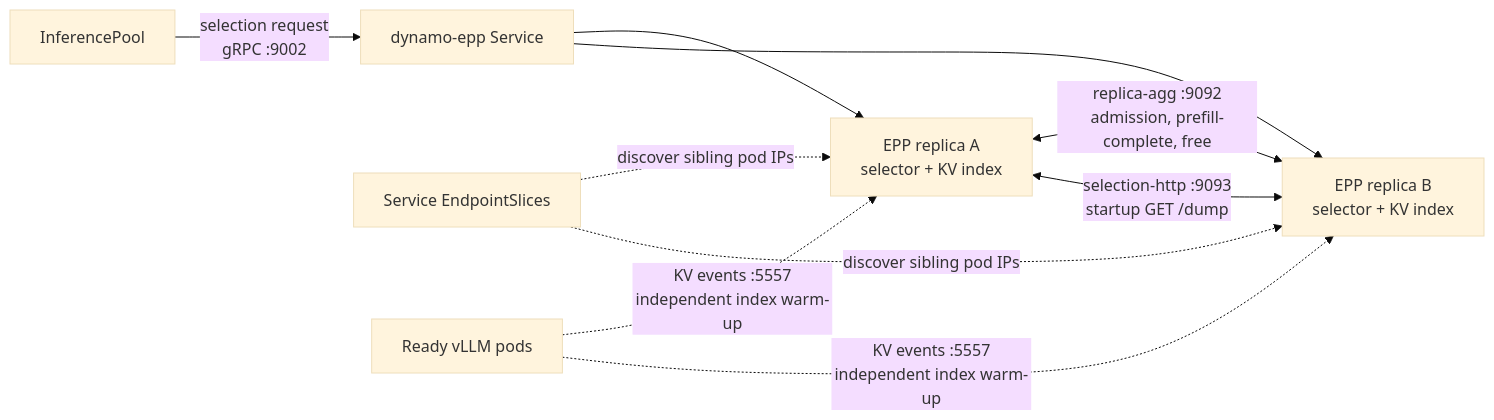
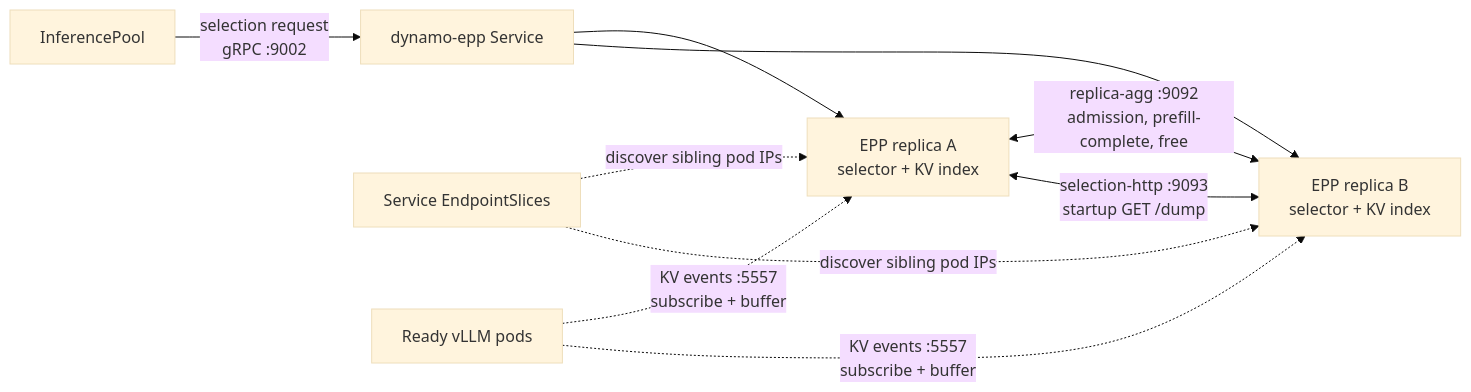
The second of 2 diagrams in docs/fern/pages/kubernetes/kv-aware-routing/vanilla-vllm-onramp.mdx (ai-dynamo/dynamo), drawn with Mermaid (base theme) before and after one commit. The commit also changed other lines of this file and 6 other files, not shown here.

````diff
--- a/docs/fern/pages/kubernetes/kv-aware-routing/vanilla-vllm-onramp.mdx
+++ b/docs/fern/pages/kubernetes/kv-aware-routing/vanilla-vllm-onramp.mdx
@@ -470,12 +470,12 @@
 ```mermaid
 flowchart LR
     Pool["InferencePool"] -->|"selection request<br/>gRPC :9002"| Service["dynamo-epp Service"]
     Service --> ReplicaA["EPP replica A<br/>selector + KV index"]
     Service --> ReplicaB["EPP replica B<br/>selector + KV index"]
     Slices["Service EndpointSlices"] -. "discover sibling pod IPs" .-> ReplicaA
     Slices -. "discover sibling pod IPs" .-> ReplicaB
-    Workers["Ready vLLM pods"] -. "KV events :5557<br/>independent index warm-up" .-> ReplicaA
-    Workers -. "KV events :5557<br/>independent index warm-up" .-> ReplicaB
+    Workers["Ready vLLM pods"] -. "KV events :5557<br/>subscribe + buffer" .-> ReplicaA
+    Workers -. "KV events :5557<br/>subscribe + buffer" .-> ReplicaB
     ReplicaA <-->|"replica-agg :9092<br/>admission, prefill-complete, free"| ReplicaB
     ReplicaA <-->|"selection-http :9093<br/>startup GET /dump"| ReplicaB
 ```
````
